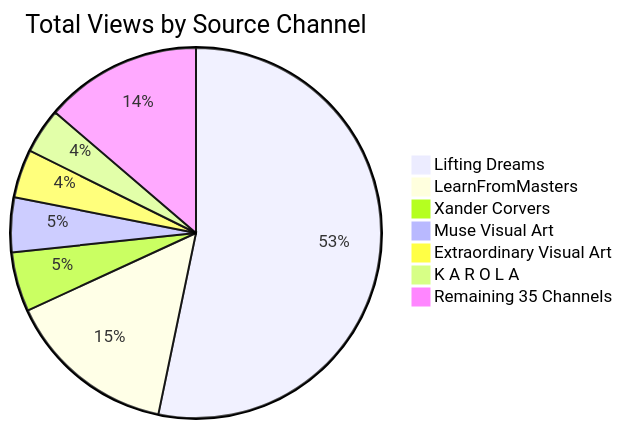
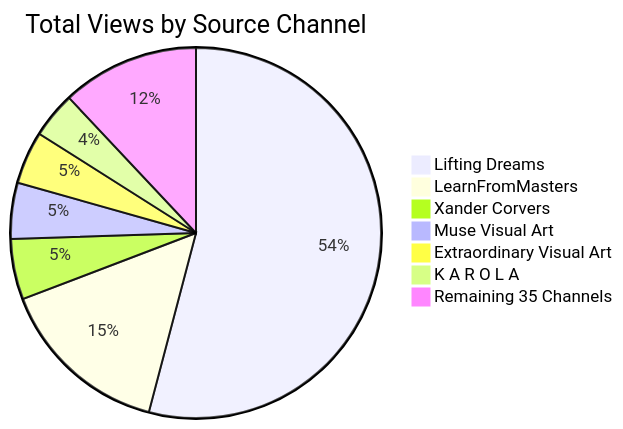
Before and after one commit to lgtkgtv/monet-living-gallery: the diagram in monet_playlist_catalog.md, drawn with Mermaid. The commit also changed other lines of this file and 12 other files, not shown here.

````diff
--- a/monet_playlist_catalog.md
+++ b/monet_playlist_catalog.md
@@ -21,10 +21,10 @@
 ```mermaid
 pie title Total Views by Source Channel
     "Lifting Dreams" : 24600000
-    "LearnFromMasters" : 6867000
+    "LearnFromMasters" : 6868000
     "Xander Corvers" : 2400000
-    "Muse Visual Art" : 2203900
-    "Extraordinary Visual Art" : 1952800
+    "Muse Visual Art" : 2227700
+    "Extraordinary Visual Art" : 2093700
     "K A R O L A" : 1825300
-    "Remaining 35 Channels" : 6339192
+    "Remaining 35 Channels" : 5458077
 ```
````
